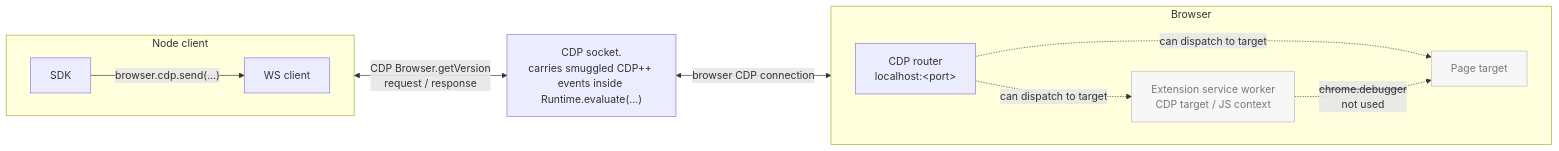
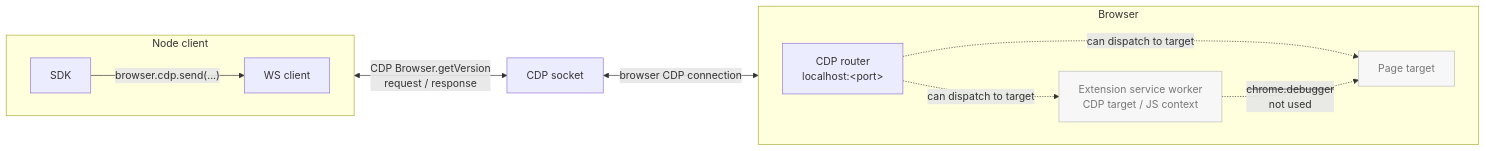
Before and after one commit to pirate/chrome-cdp-extension-bridge: the first of 4 diagrams in README.md, drawn with Mermaid. The commit also changed other lines of this file, not shown here.

Commit message:
Simplify normal CDP socket labels

````diff
--- a/README.md
+++ b/README.md
@@ -43,27 +43,27 @@
 ```mermaid
 flowchart LR
   subgraph Node["Node client"]
     direction LR
     SDK["SDK"]
     WS["WS client"]
     SDK -->|"browser.cdp.send(...)"| WS
   end
 
   subgraph Browser["Browser"]
     direction LR
     CDP["CDP router<br/>localhost:&lt;port&gt;"]
     SW["Extension service worker<br/>CDP target / JS context"]
     Page["Page target"]
     CDP -. "can dispatch to target" .-> SW
     CDP -. "can dispatch to target" .-> Page
     SW -. "<s>chrome.debugger</s><br/>not used" .-> Page
   end
 
-  Socket["CDP socket.<br/>carries smuggled CDP++ events inside Runtime.evaluate(...)"]
+  Socket["CDP socket"]
 
   WS <-->|"CDP Browser.getVersion<br/>request / response"| Socket
   Socket <-->|"browser CDP connection"| CDP
 
   classDef idle fill:#f7f7f7,stroke:#bbb,color:#777;
   class SW,Page idle;
 ```
````
